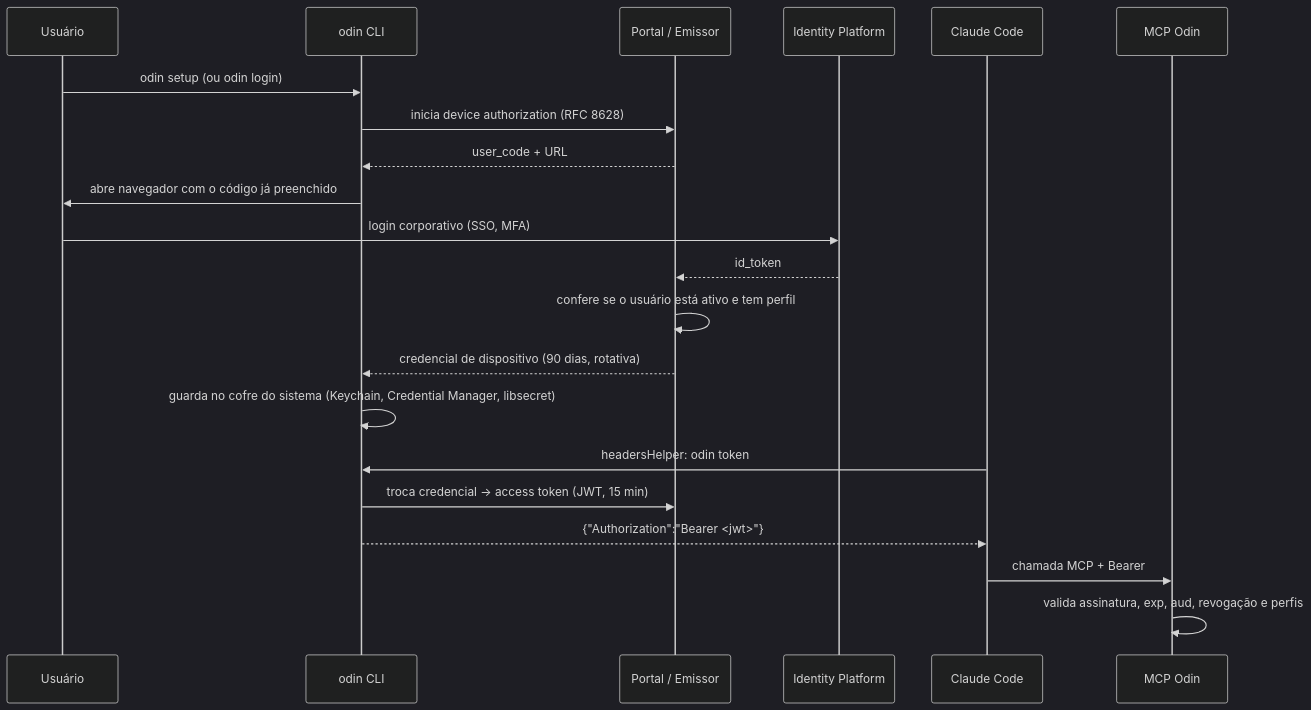
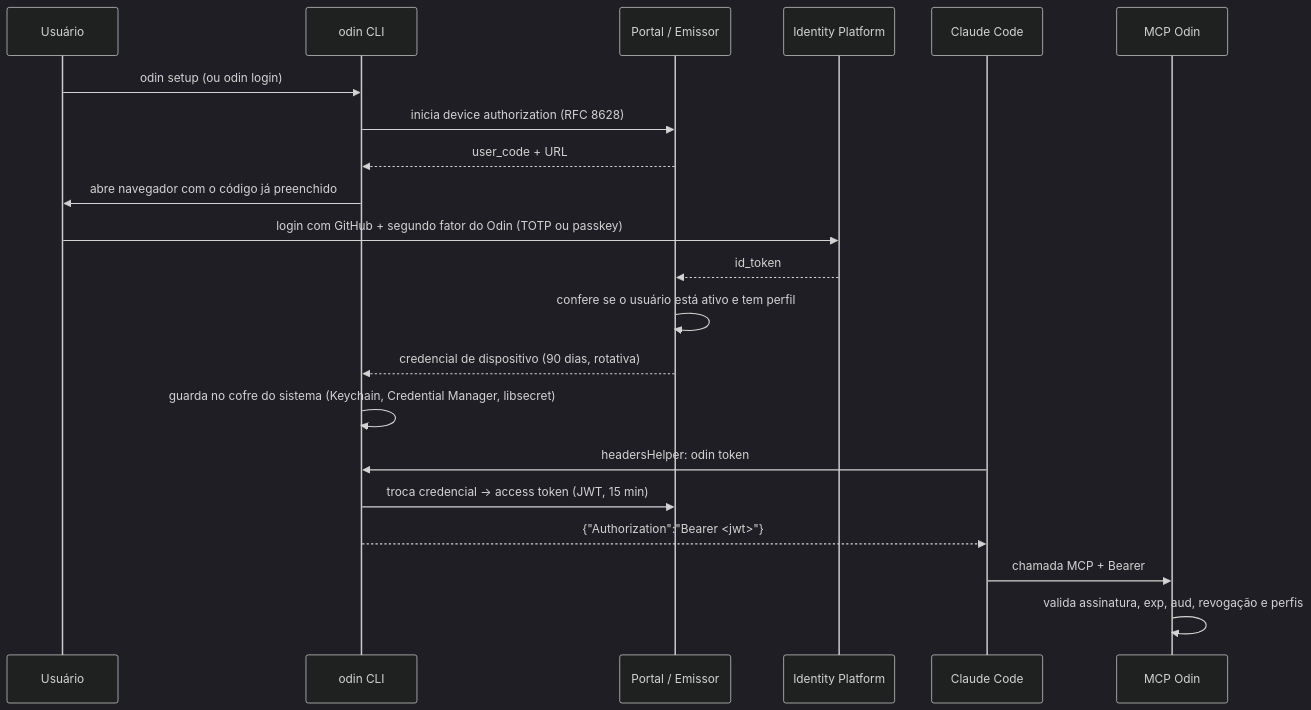
One commit to brunotrolo/Salesforce_Odin_MCP_Squad changed the second of 2 diagrams in docs/PLANO.md. Above: the diagram before and after it, drawn with Mermaid (dark theme). The commit also changed other lines of this file and 4 other files, not shown here.

````diff
--- a/docs/PLANO.md
+++ b/docs/PLANO.md
@@ -135,23 +135,23 @@
 ```mermaid
 sequenceDiagram
   participant U as Usuário
   participant CLI as odin CLI
   participant P as Portal / Emissor
   participant IdP as Identity Platform
   participant CC as Claude Code
   participant M as MCP Odin
   U->>CLI: odin setup (ou odin login)
   CLI->>P: inicia device authorization (RFC 8628)
   P-->>CLI: user_code + URL
   CLI->>U: abre navegador com o código já preenchido
-  U->>IdP: login corporativo (SSO, MFA)
+  U->>IdP: login com GitHub + segundo fator do Odin (TOTP ou passkey)
   IdP-->>P: id_token
   P->>P: confere se o usuário está ativo e tem perfil
   P-->>CLI: credencial de dispositivo (90 dias, rotativa)
   CLI->>CLI: guarda no cofre do sistema (Keychain, Credential Manager, libsecret)
   CC->>CLI: headersHelper: odin token
   CLI->>P: troca credencial → access token (JWT, 15 min)
   CLI-->>CC: {"Authorization":"Bearer <jwt>"}
   CC->>M: chamada MCP + Bearer
   M->>M: valida assinatura, exp, aud, revogação e perfis
 ```
````
